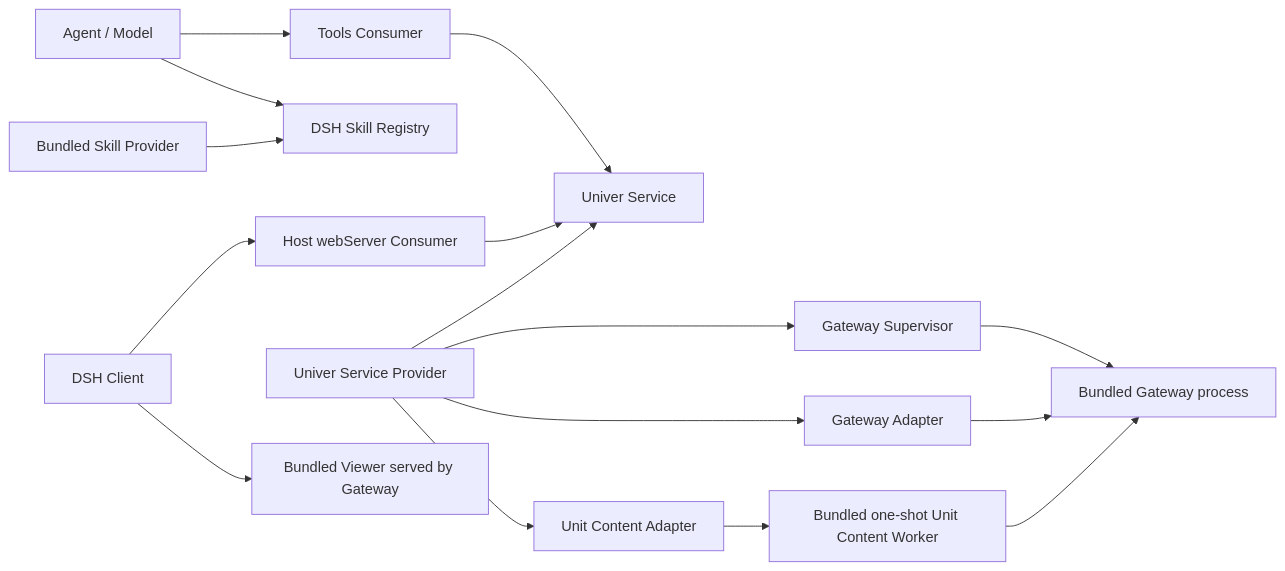
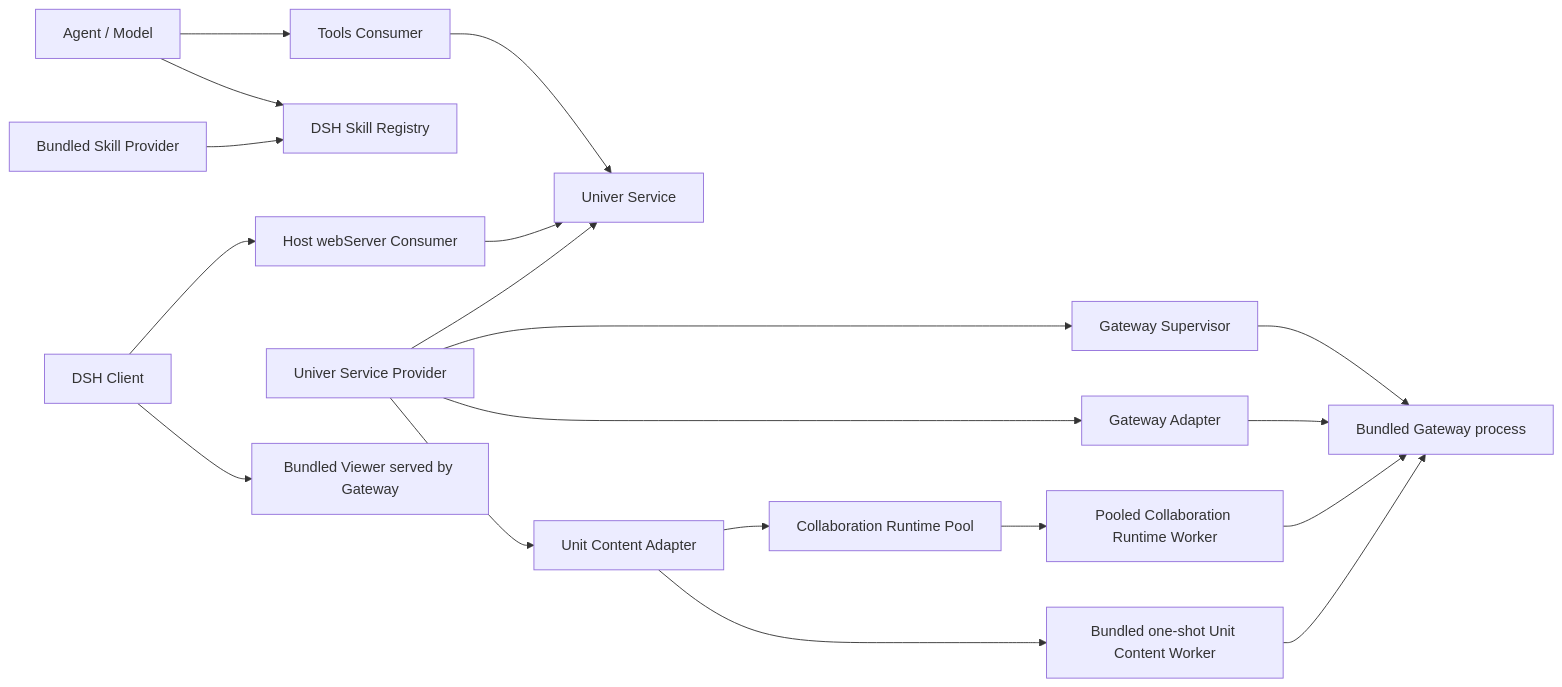
One commit to dream-num/dsh-univer-office changed the diagram in docs/architecture.md. Above: the diagram before and after it, drawn with Mermaid. The commit also changed other lines of this file and 17 other files, not shown here.

First line of the commit message:
feat(host): reuse Unit runtimes through the CLI SDK runtime pool (#134)

````diff
--- a/docs/architecture.md
+++ b/docs/architecture.md
@@ -56,18 +57,21 @@
 ```mermaid
 flowchart LR
     Model["Agent / Model"] --> Tools["Tools Consumer"]
     Model --> SkillRegistry["DSH Skill Registry"]
     Skills["Bundled Skill Provider"] --> SkillRegistry
     Browser["DSH Client"] --> WebServer["Host webServer Consumer"]
     Tools --> Service["Univer Service"]
     WebServer --> Service
     Provider["Univer Service Provider"] --> Service
     Provider --> GatewayAdapter["Gateway Adapter"]
     Provider --> UnitContentAdapter["Unit Content Adapter"]
     Provider --> GatewaySupervisor["Gateway Supervisor"]
     GatewaySupervisor --> Gateway["Bundled Gateway process"]
     GatewayAdapter --> Gateway
+    UnitContentAdapter --> RuntimePool["Collaboration Runtime Pool"]
+    RuntimePool --> RuntimeWorker["Pooled Collaboration Runtime Worker"]
+    RuntimeWorker --> Gateway
     UnitContentAdapter --> Worker["Bundled one-shot Unit Content Worker"]
     Worker --> Gateway
     Browser --> Viewer["Bundled Viewer served by Gateway"]
 ```
````
